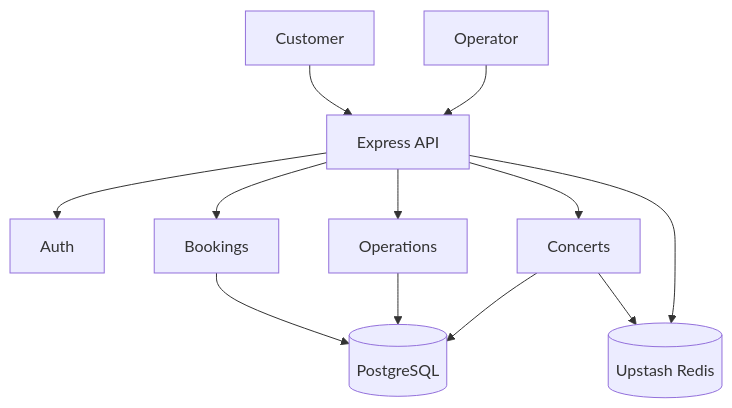
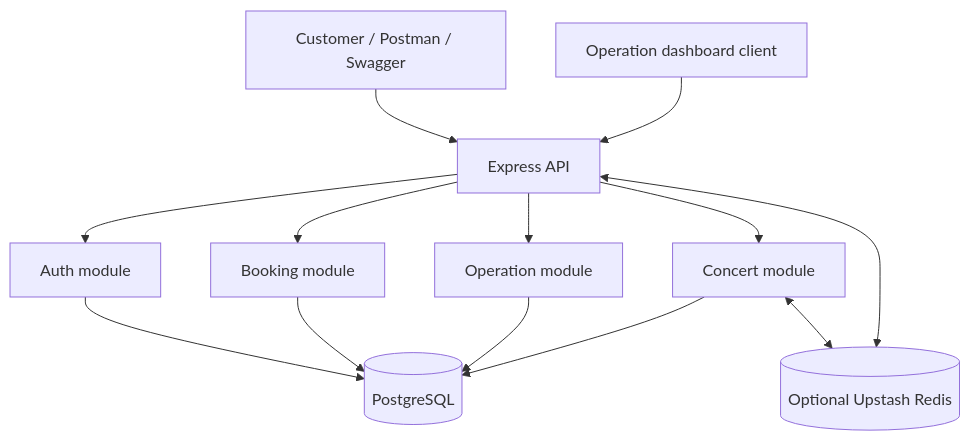
The first of 3 diagrams in docs/system-design.md (huysg136/ticket-booking-backend), drawn with Mermaid before and after one commit. The commit also changed other lines of this file and 5 other files, not shown here.

````diff
--- a/docs/system-design.md
+++ b/docs/system-design.md
@@ -5,14 +16,15 @@
 ```mermaid
 flowchart TD
-  Customer --> API[Express API]
-  Operator --> API
-  API --> Auth
-  API --> Concerts
-  API --> Bookings
-  API --> Operations
-  Bookings --> PG[(PostgreSQL)]
+  Customer[Customer / Postman / Swagger] --> API[Express API]
+  Operator[Operation dashboard client] --> API
+  API --> Auth[Auth module]
+  API --> Concerts[Concert module]
+  API --> Bookings[Booking module]
+  API --> Operations[Operation module]
+  Auth --> PG[(PostgreSQL)]
+  Bookings --> PG
   Operations --> PG
   Concerts --> PG
-  Concerts --> Redis[(Upstash Redis)]
-  API --> Redis
+  Concerts <--> Redis[(Optional Upstash Redis)]
+  API <--> Redis
 ```
````
